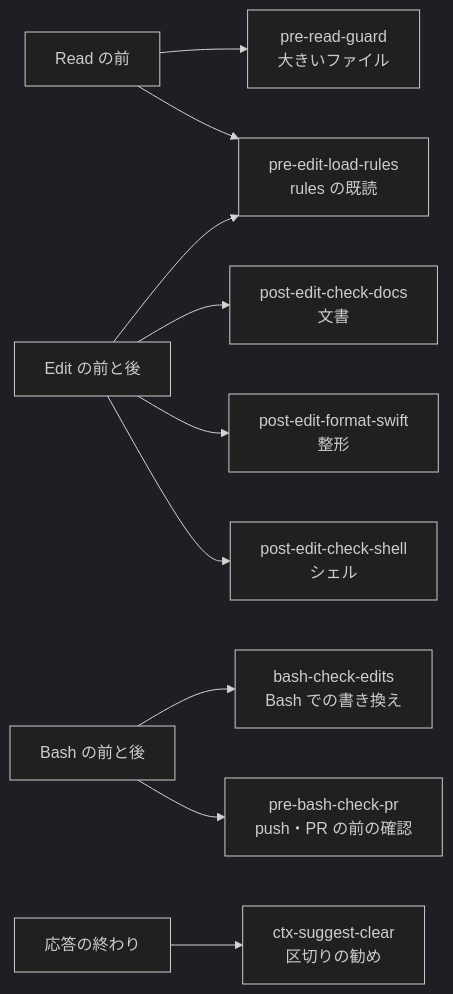
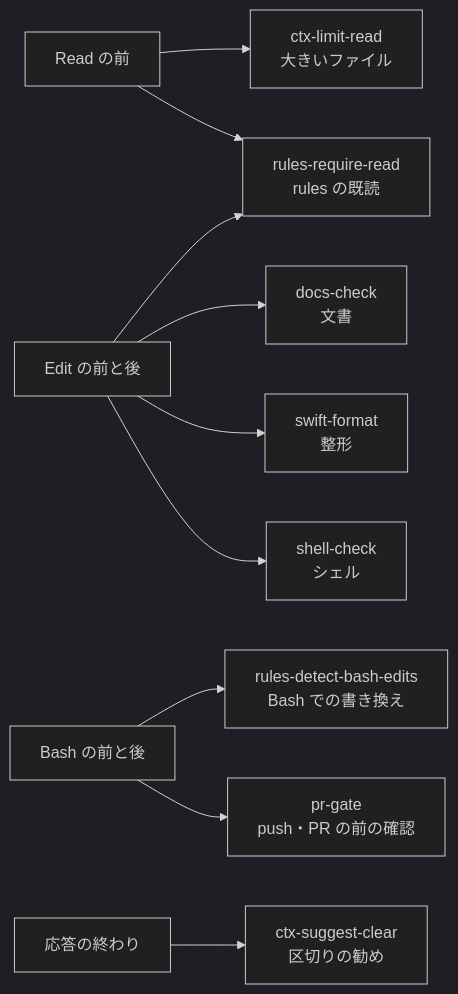
The diagram in README.md (yossibank/claude-config), drawn with Mermaid (dark theme) before and after one commit. The commit also changed other lines of this file and 22 other files, not shown here.

````diff
--- a/README.md
+++ b/README.md
@@ -59,12 +59,12 @@
 ```mermaid
 flowchart LR
-    Read["Read の前"] --> guard["pre-read-guard<br/>大きいファイル"]
-    Read --> load["pre-edit-load-rules<br/>rules の既読"]
+    Read["Read の前"] --> guard["ctx-limit-read<br/>大きいファイル"]
+    Read --> load["rules-require-read<br/>rules の既読"]
     Edit["Edit の前と後"] --> load
-    Edit --> docs["post-edit-check-docs<br/>文書"]
-    Edit --> swift["post-edit-format-swift<br/>整形"]
-    Edit --> shell["post-edit-check-shell<br/>シェル"]
-    Bash["Bash の前と後"] --> edits["bash-check-edits<br/>Bash での書き換え"]
-    Bash --> pr["pre-bash-check-pr<br/>push・PR の前の確認"]
+    Edit --> docs["docs-check<br/>文書"]
+    Edit --> swift["swift-format<br/>整形"]
+    Edit --> shell["shell-check<br/>シェル"]
+    Bash["Bash の前と後"] --> edits["rules-detect-bash-edits<br/>Bash での書き換え"]
+    Bash --> pr["pr-gate<br/>push・PR の前の確認"]
     Stop["応答の終わり"] --> clear["ctx-suggest-clear<br/>区切りの勧め"]
 ```
````
